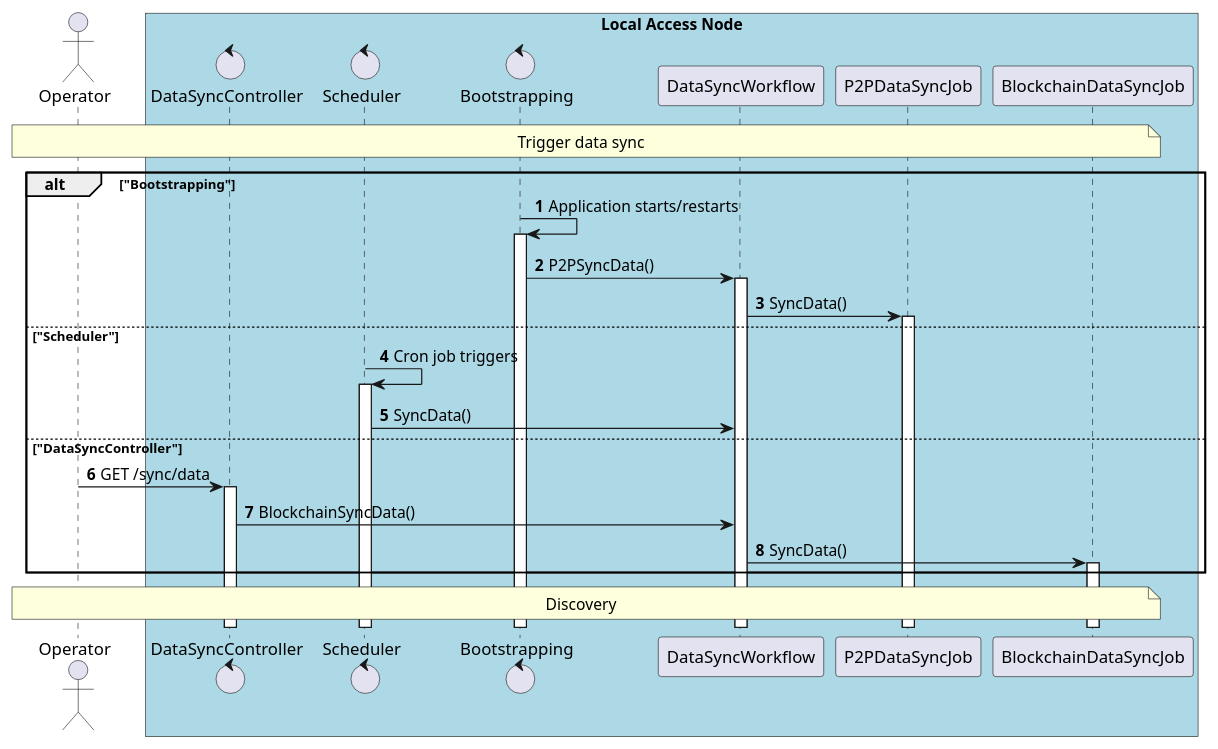
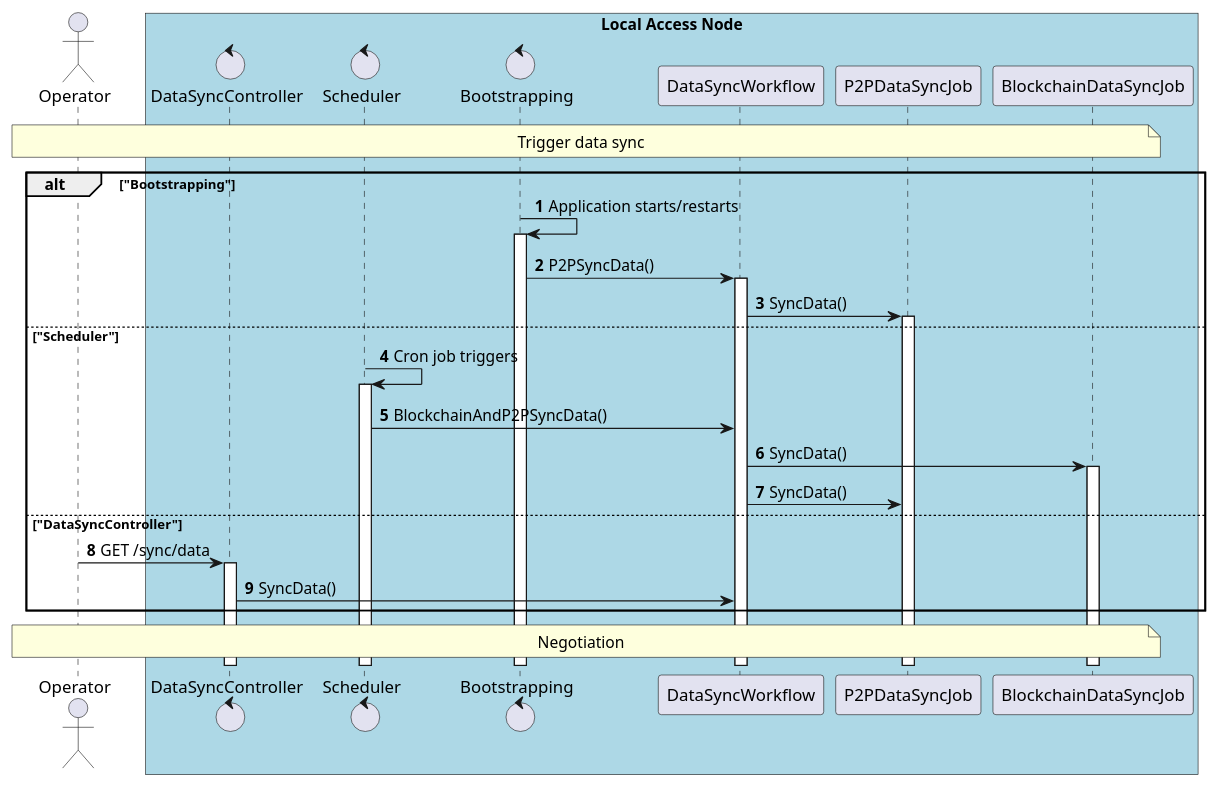
One commit to in2workspace/in2-guides changed the diagram in desmos-tech-doc/diagrams/use-case-data-synchronization-1-triggering.puml. Above: the diagram before and after it, drawn with PlantUML. The commit also changed 1 other file, not shown here.

Commit message:
feat(data-syncronization): update triggering diagram

```diff
--- a/desmos-tech-doc/diagrams/use-case-data-synchronization-1-triggering.puml
+++ b/desmos-tech-doc/diagrams/use-case-data-synchronization-1-triggering.puml
@@ -1,43 +1,44 @@
 @startuml
 'https://plantuml.com/sequence-diagram
 
 autonumber
 skinparam BoxPadding 10
 
 ' -------------------- Headers -------------------- '
 
 actor "Operator" as operator
 
 box "Local Access Node" #LightBlue
     control "DataSyncController" as data_sync_controller
     control "Scheduler" as scheduler
     control "Bootstrapping" as bootstrapping
     participant "DataSyncWorkflow" as data_sync_workflow
     participant "P2PDataSyncJob" as p2p_data_sync_job
     participant "BlockchainDataSyncJob" as blockchain_data_sync_job
 end box
 
 ' -------------------- Diagram -------------------- '
 
 note over operator, blockchain_data_sync_job
     Trigger data sync
 end note
 
 alt "Bootstrapping"
     bootstrapping -> bootstrapping++: Application starts/restarts
     bootstrapping -> data_sync_workflow++: P2PSyncData()
     data_sync_workflow -> p2p_data_sync_job++: SyncData()
 else "Scheduler"
     scheduler -> scheduler++: Cron job triggers
-    scheduler -> data_sync_workflow: SyncData()
+    scheduler -> data_sync_workflow: BlockchainAndP2PSyncData()
+    data_sync_workflow -> blockchain_data_sync_job++: SyncData()
+    data_sync_workflow -> p2p_data_sync_job: SyncData()
 else "DataSyncController"
     operator -> data_sync_controller++: GET /sync/data
-    data_sync_controller -> data_sync_workflow: BlockchainSyncData()
-    data_sync_workflow -> blockchain_data_sync_job++: SyncData()
+    data_sync_controller -> data_sync_workflow: SyncData()
 end
 
 note over operator, blockchain_data_sync_job
-    Discovery
+    Negotiation
 end note
 
 @enduml
```
